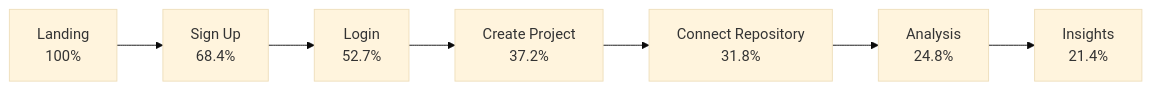
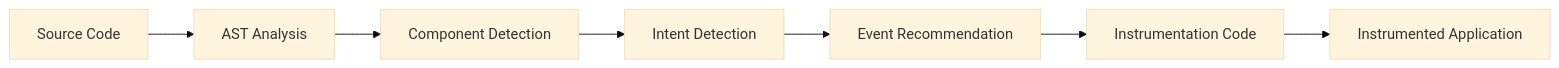
One commit to valentino0405/aletsch_ai changed diagram 11 of 17 in README.md. Above: the diagram before and after it, drawn with Mermaid (base theme). The commit also changed other lines of this file, not shown here.

````diff
--- a/README.md
+++ b/README.md
@@ -295,21 +552,15 @@
 ```mermaid
 flowchart LR
 
-    A["Landing<br/>100%"] -->
-    B["Sign Up<br/>68.4%"]
+    A["Source Code"] --> B["AST Analysis"]
 
-    B -->
-    C["Login<br/>52.7%"]
+    B --> C["Component Detection"]
 
-    C -->
-    D["Create Project<br/>37.2%"]
+    C --> D["Intent Detection"]
 
-    D -->
-    E["Connect Repository<br/>31.8%"]
+    D --> E["Event Recommendation"]
 
-    E -->
-    F["Analysis<br/>24.8%"]
+    E --> F["Instrumentation Code"]
 
-    F -->
-    G["Insights<br/>21.4%"]
+    F --> G["Instrumented Application"]
 ```
````
